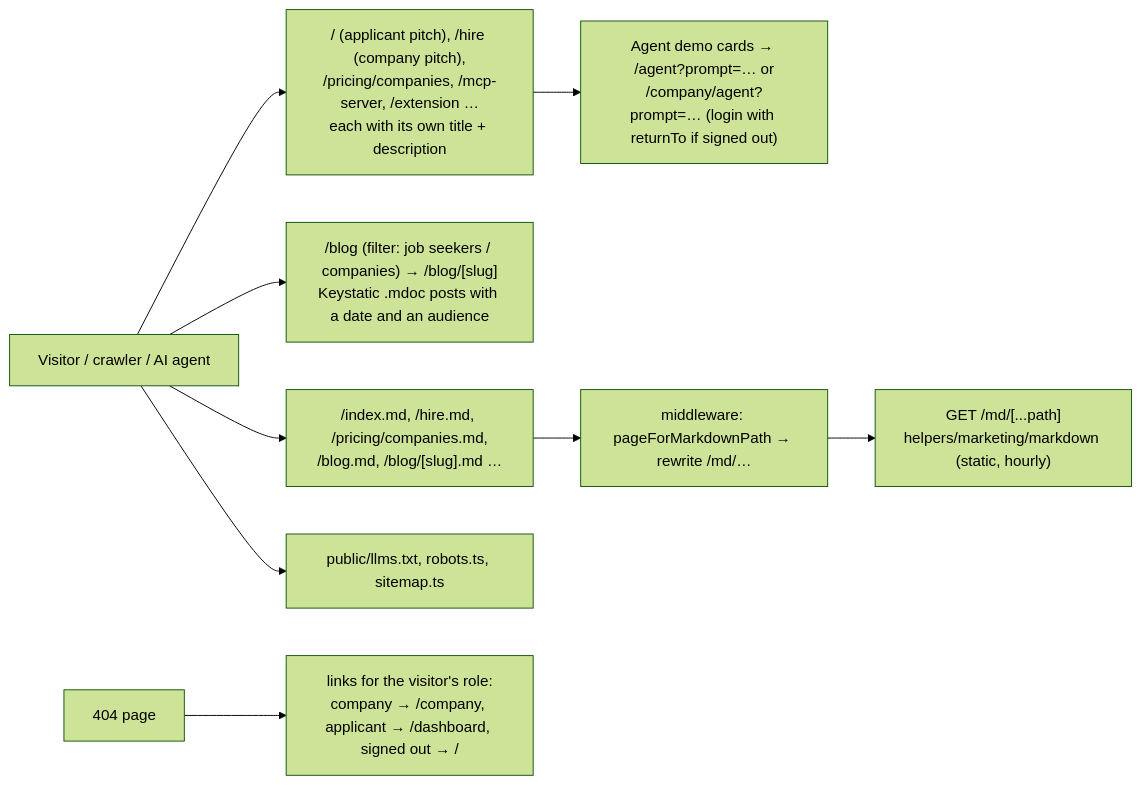
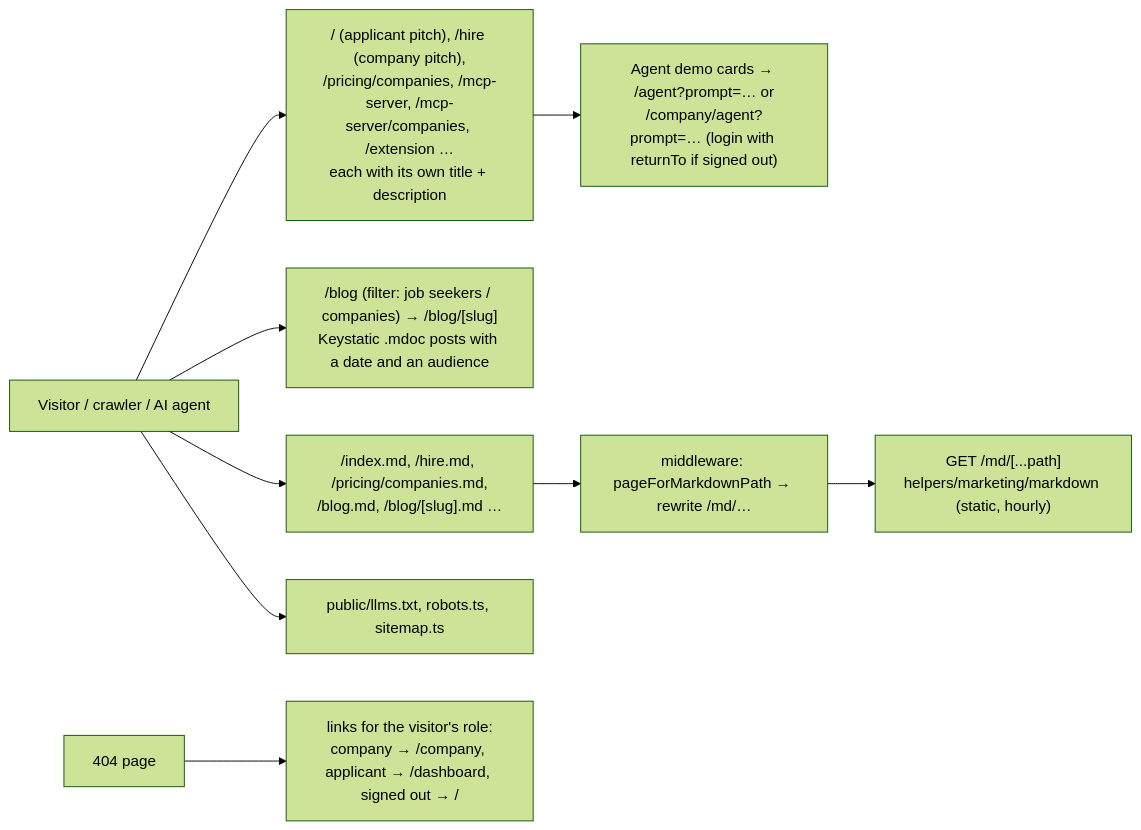
The seventh of 7 diagrams in docs/app-flows/01-platform.md (kVarunkk/GetHired), drawn with Mermaid (forest theme) before and after one commit. The commit also changed 42 other files, not shown here.

````diff
--- a/docs/app-flows/01-platform.md
+++ b/docs/app-flows/01-platform.md
@@ -153,11 +153,11 @@
 ```mermaid
 flowchart LR
-  V["Visitor / crawler / AI agent"] --> L["/ (applicant pitch), /hire (company pitch),<br/>/pricing/companies, /mcp-server, /extension …<br/>each with its own title + description"]
+  V["Visitor / crawler / AI agent"] --> L["/ (applicant pitch), /hire (company pitch),<br/>/pricing/companies, /mcp-server, /mcp-server/companies, /extension …<br/>each with its own title + description"]
   L --> DEMO["Agent demo cards → /agent?prompt=… or<br/>/company/agent?prompt=… (login with returnTo if signed out)"]
   V --> B["/blog (filter: job seekers / companies) → /blog/[slug]<br/>Keystatic .mdoc posts with a date and an audience"]
   V --> MDP["/index.md, /hire.md, /pricing/companies.md,<br/>/blog.md, /blog/[slug].md …"]
   MDP --> MWR["middleware: pageForMarkdownPath → rewrite /md/…"]
   MWR --> MR["GET /md/[...path]<br/>helpers/marketing/markdown (static, hourly)"]
   V --> LT["public/llms.txt, robots.ts, sitemap.ts"]
   NF["404 page"] --> HOME["links for the visitor's role:<br/>company → /company, applicant → /dashboard, signed out → /"]
 ```
````
